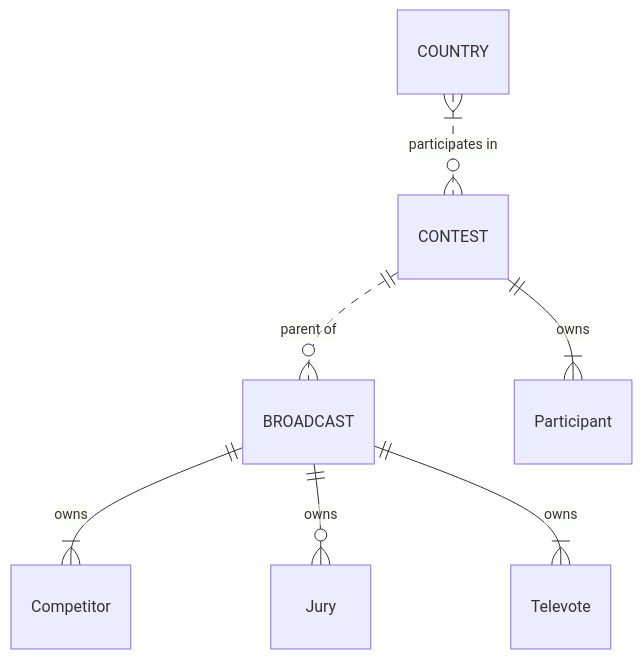
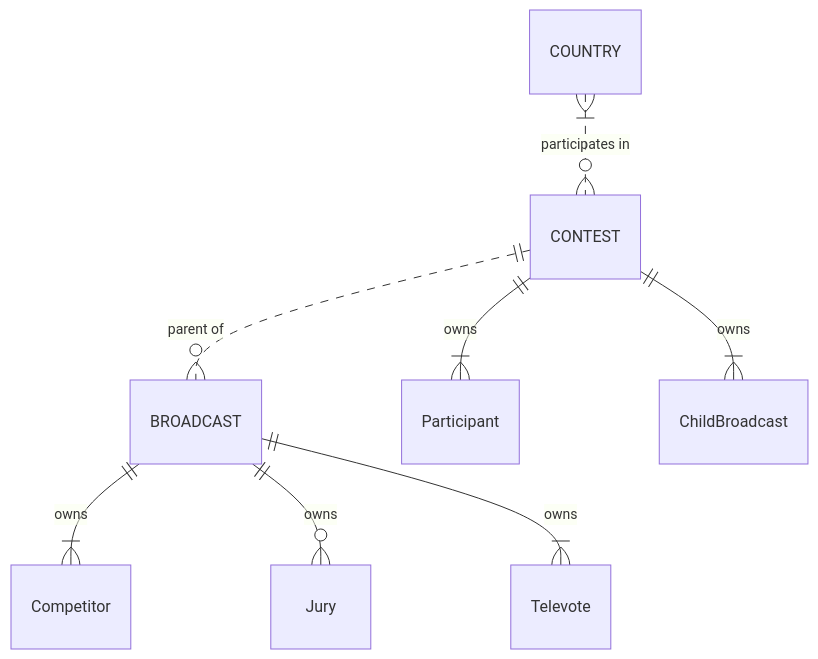
One commit to MattSortsThings/eurocentric changed the diagram in docs/dev_notes/domain_model.md. Above: the diagram before and after it, drawn with Mermaid. The commit also changed other lines of this file, not shown here.

````diff
--- a/docs/dev_notes/domain_model.md
+++ b/docs/dev_notes/domain_model.md
@@ -41,15 +42,16 @@
 ```mermaid
 erDiagram
 
 COUNTRY
 CONTEST
 BROADCAST
 
 COUNTRY }|..o{ CONTEST : "participates in"
 CONTEST ||..o{ BROADCAST : "parent of"
 
 CONTEST ||--|{ Participant : owns
+CONTEST ||--|{ ChildBroadcast : owns
 BROADCAST ||--|{ Competitor : owns
 BROADCAST ||--o{ Jury : owns
 BROADCAST ||--|{ Televote : owns
 ```
````
